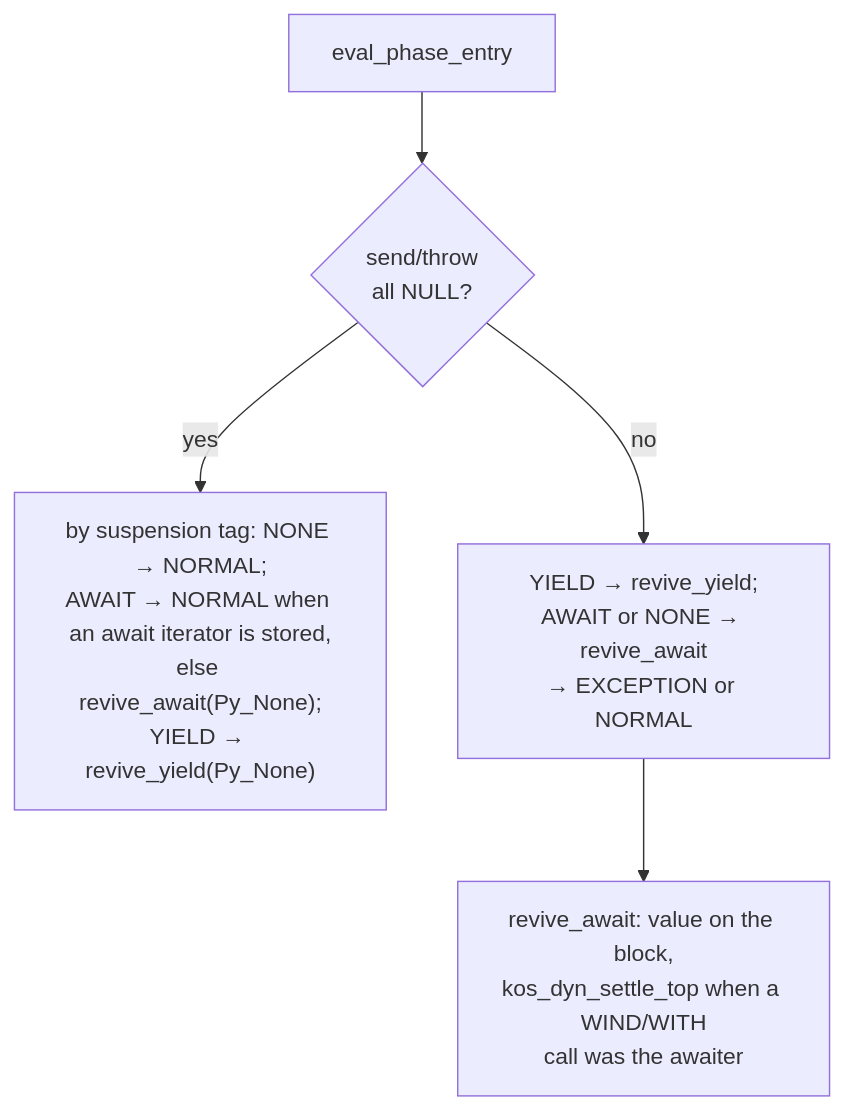
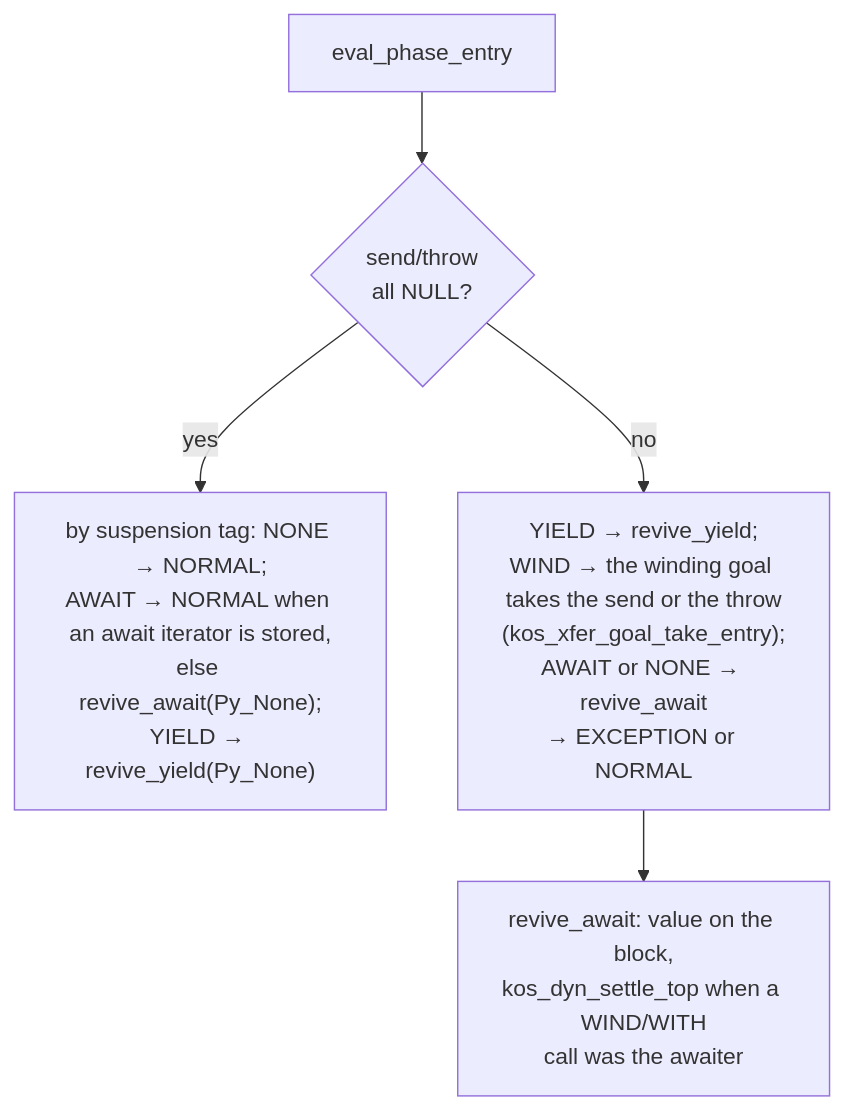
The third of 12 diagrams in design/EVALUATOR.md (koskari-lang/koskari), drawn with Mermaid before and after one commit. The commit also changed other lines of this file, not shown here.

````diff
--- a/design/EVALUATOR.md
+++ b/design/EVALUATOR.md
@@ -251,13 +251,13 @@
 ```mermaid
 flowchart TD
     entry["eval_phase_entry"]
     send_check{"send/throw<br/>all NULL?"}
     raise_xyz["by suspension tag: NONE → NORMAL;<br/>AWAIT → NORMAL when an await iterator is stored,<br/>else revive_await(Py_None);<br/>YIELD → revive_yield(Py_None)"]
-    revive_xyz["YIELD → revive_yield;<br/>AWAIT or NONE → revive_await<br/>→ EXCEPTION or NORMAL"]
+    revive_xyz["YIELD → revive_yield;<br/>WIND → the winding goal takes the send or the throw<br/>(kos_xfer_goal_take_entry);<br/>AWAIT or NONE → revive_await<br/>→ EXCEPTION or NORMAL"]
     settle["revive_await: value on the block,<br/>kos_dyn_settle_top when a WIND/WITH<br/>call was the awaiter"]
 
     entry --> send_check
     send_check -->|yes| raise_xyz
     send_check -->|no| revive_xyz
     revive_xyz --> settle
 ```
````
